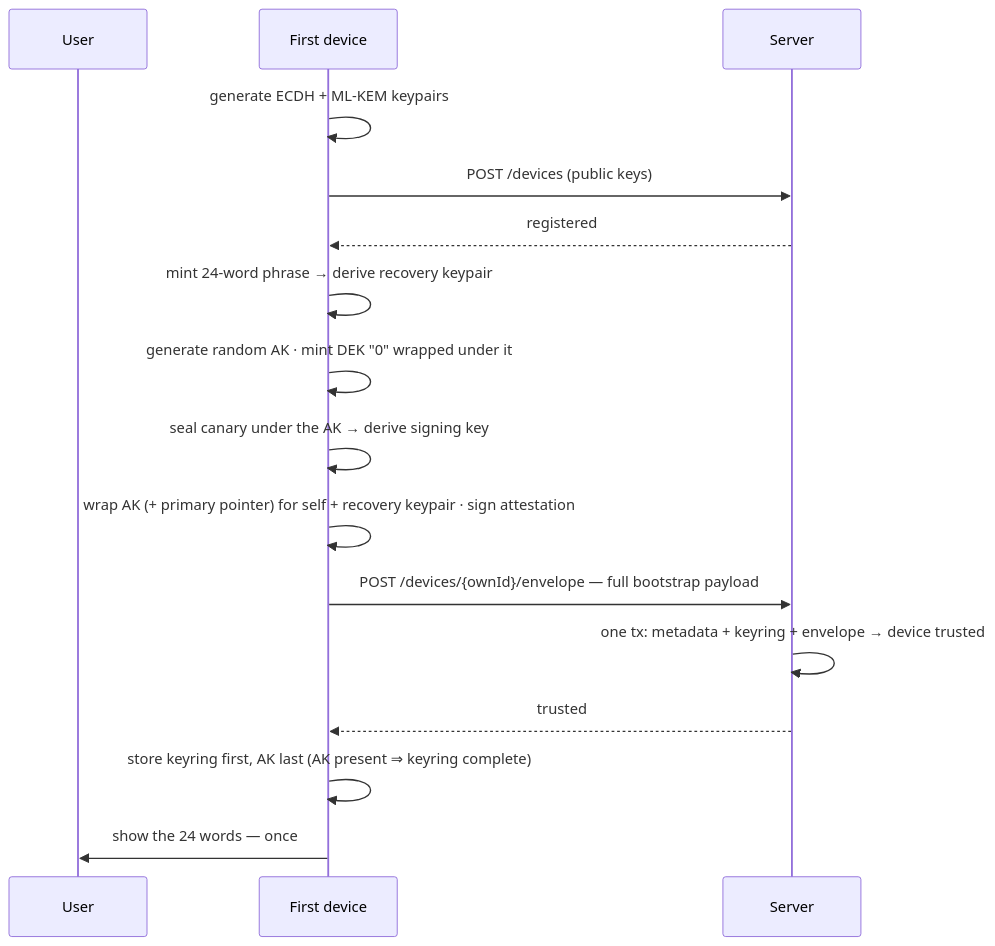
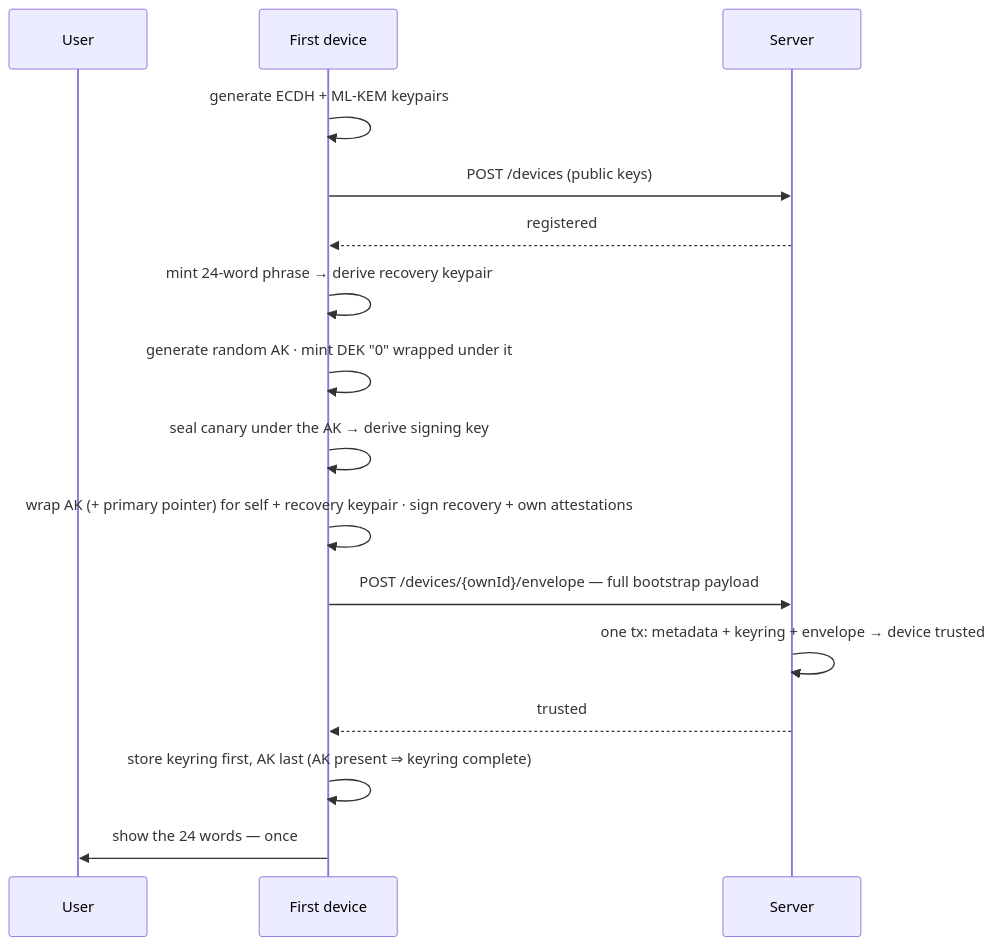
Before and after one commit to thunderbird/thunderbolt: the seventh of 9 diagrams in docs/architecture/e2e-encryption.md, drawn with Mermaid. The commit also changed other lines of this file and 14 other files, not shown here.

````diff
--- a/docs/architecture/e2e-encryption.md
+++ b/docs/architecture/e2e-encryption.md
@@ -486,18 +498,18 @@
 ```mermaid
 sequenceDiagram
     participant U as User
     participant D as First device
     participant S as Server
     D->>D: generate ECDH + ML-KEM keypairs
     D->>S: POST /devices (public keys)
     S-->>D: registered
     D->>D: mint 24-word phrase → derive recovery keypair
     D->>D: generate random AK · mint DEK "0" wrapped under it
     D->>D: seal canary under the AK → derive signing key
-    D->>D: wrap AK (+ primary pointer) for self + recovery keypair · sign attestation
+    D->>D: wrap AK (+ primary pointer) for self + recovery keypair · sign recovery + own attestations
     D->>S: POST /devices/{ownId}/envelope — full bootstrap payload
     S->>S: one tx: metadata + keyring + envelope → device trusted
     S-->>D: trusted
     D->>D: store keyring first, AK last (AK present ⇒ keyring complete)
     D->>U: show the 24 words — once
 ```
````
